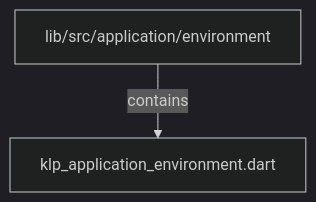
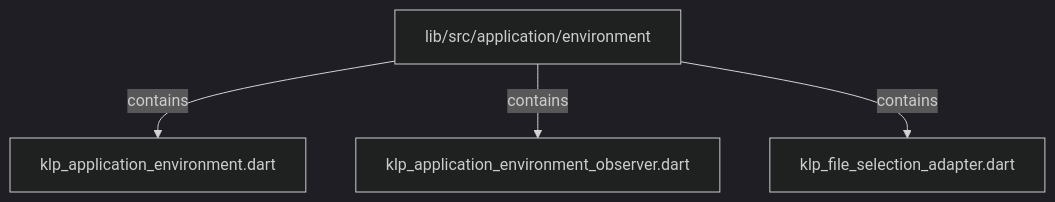
One commit to MiuDog/Kallopis changed the second of 2 diagrams in docs/architecture/src/application/environment/README.md. Above: the diagram before and after it, drawn with Mermaid (dark theme). The commit also changed other lines of this file and 9688 other files, not shown here.

Commit message:
Prepare isolated Flow F2 peer baseline

````diff
--- a/docs/architecture/src/application/environment/README.md
+++ b/docs/architecture/src/application/environment/README.md
@@ -26,6 +32,10 @@
 ```mermaid
 flowchart TD
 	n0["lib/src/application/environment"]
 	n1["klp_application_environment.dart"]
+	n2["klp_application_environment_observer.dart"]
+	n3["klp_file_selection_adapter.dart"]
 	n0 -->|"contains"| n1
+	n0 -->|"contains"| n2
+	n0 -->|"contains"| n3
 ```
````
